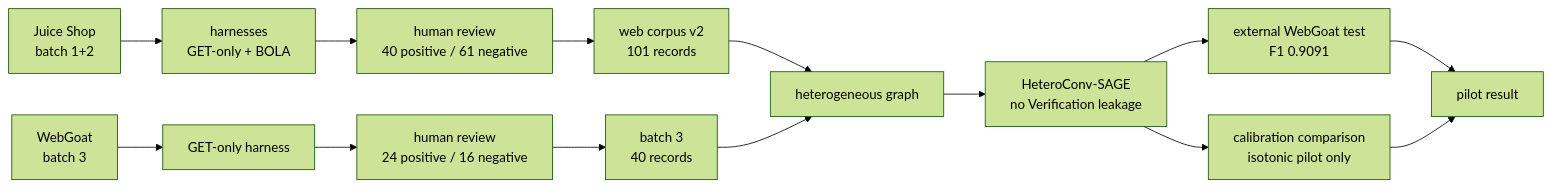
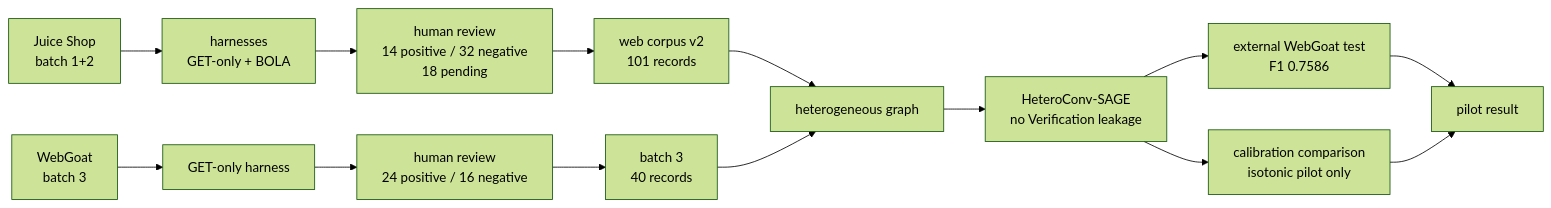
Before and after one commit to Halordd/Sentrix-AI: the sixth of 8 diagrams in FLOWCHART.md, drawn with Mermaid (forest theme). The commit also changed other lines of this file and 35 other files, not shown here.

````diff
--- a/FLOWCHART.md
+++ b/FLOWCHART.md
@@ -150,16 +150,16 @@
 ```mermaid
 flowchart LR
     LAB1[Juice Shop<br/>batch 1+2] --> H1[harnesses<br/>GET-only + BOLA]
     LAB2[WebGoat<br/>batch 3] --> H2[GET-only harness]
-    H1 --> REV[human review<br/>40 positive / 61 negative]
+    H1 --> REV[human review<br/>14 positive / 32 negative<br/>18 pending]
     H2 --> REV2[human review<br/>24 positive / 16 negative]
     REV --> DS1[web corpus v2<br/>101 records]
     REV2 --> DS2[batch 3<br/>40 records]
     DS1 --> GRAPH[heterogeneous graph]
     DS2 --> GRAPH
     GRAPH --> HGT[HeteroConv-SAGE<br/>no Verification leakage]
-    HGT --> EXT[external WebGoat test<br/>F1 0.9091]
+    HGT --> EXT[external WebGoat test<br/>F1 0.7586]
     HGT --> CAL[calibration comparison<br/>isotonic pilot only]
     EXT --> PILOT[pilot result]
     CAL --> PILOT
 ```
````
